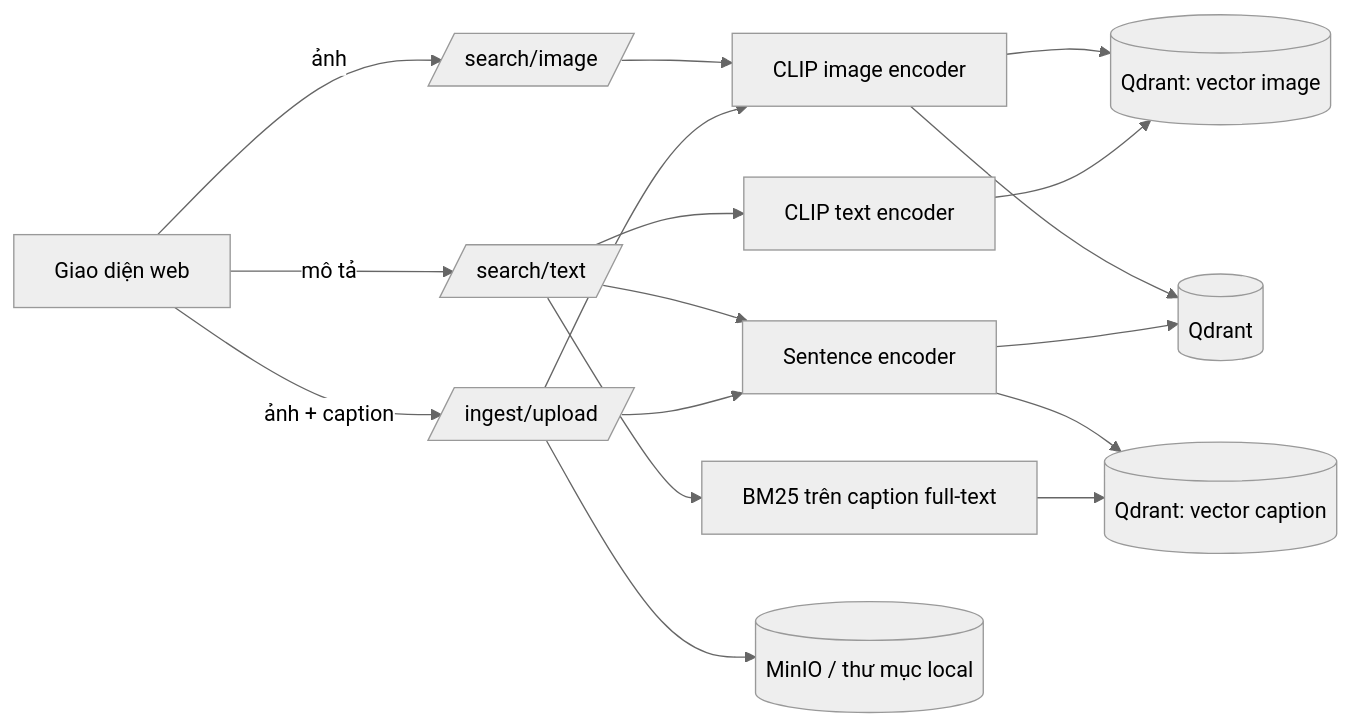
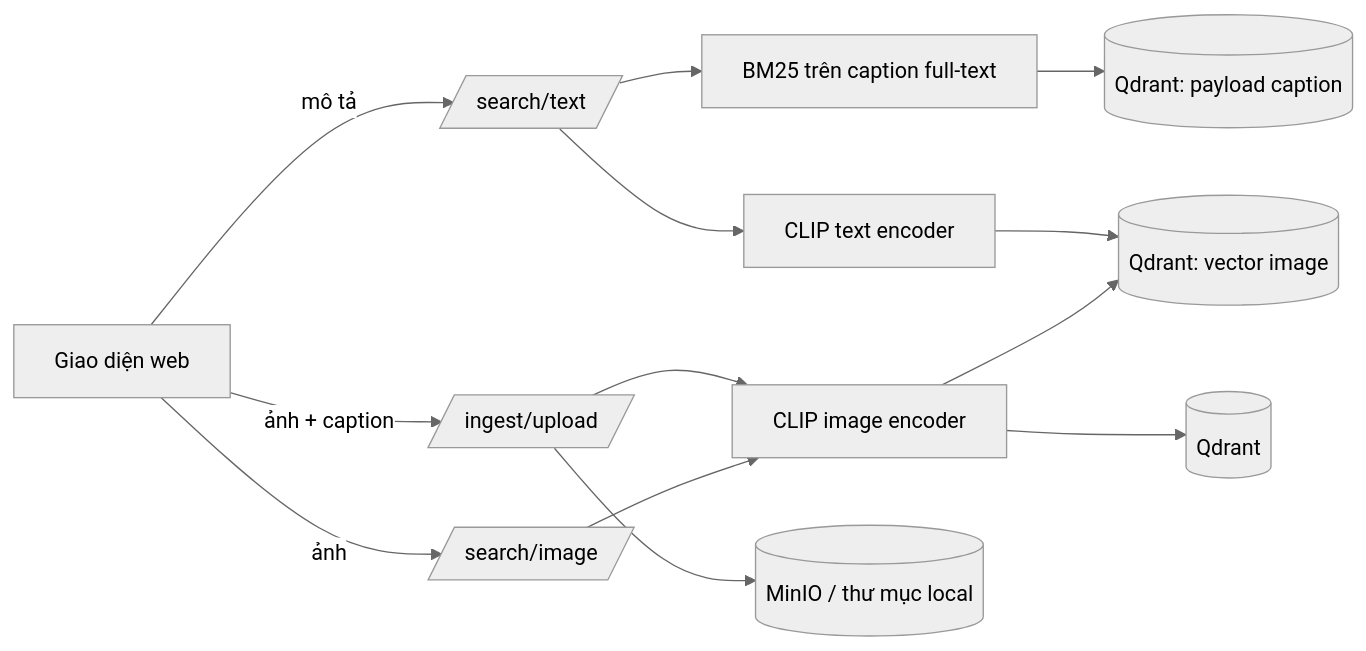
Before and after one commit to DuyLuanVo/KIS-AAI-DM-Master: the diagram in README.md, drawn with Mermaid (neutral theme). The commit also changed other lines of this file and 16 other files, not shown here.

First line of the commit message:
refactor: drop semantic caption branch, search by keyword + CLIP

````diff
--- a/README.md
+++ b/README.md
@@ -12,12 +12,11 @@
 ```mermaid
 flowchart LR
     UI[Giao diện web] -->|ảnh| A[/search/image/]
     UI -->|mô tả| T[/search/text/]
     UI -->|ảnh + caption| U[/ingest/upload/]
     A --> CLIP[CLIP image encoder] --> QI[(Qdrant: vector image)]
-    T --> ST[Sentence encoder] --> QC[(Qdrant: vector caption)]
-    T --> KW[BM25 trên caption full-text] --> QC
+    T --> KW[BM25 trên caption full-text] --> QC[(Qdrant: payload caption)]
     T --> CT[CLIP text encoder] --> QI
-    U --> CLIP & ST --> Q[(Qdrant)]
+    U --> CLIP --> Q[(Qdrant)]
     U --> S[(MinIO / thư mục local)]
 ```
````
